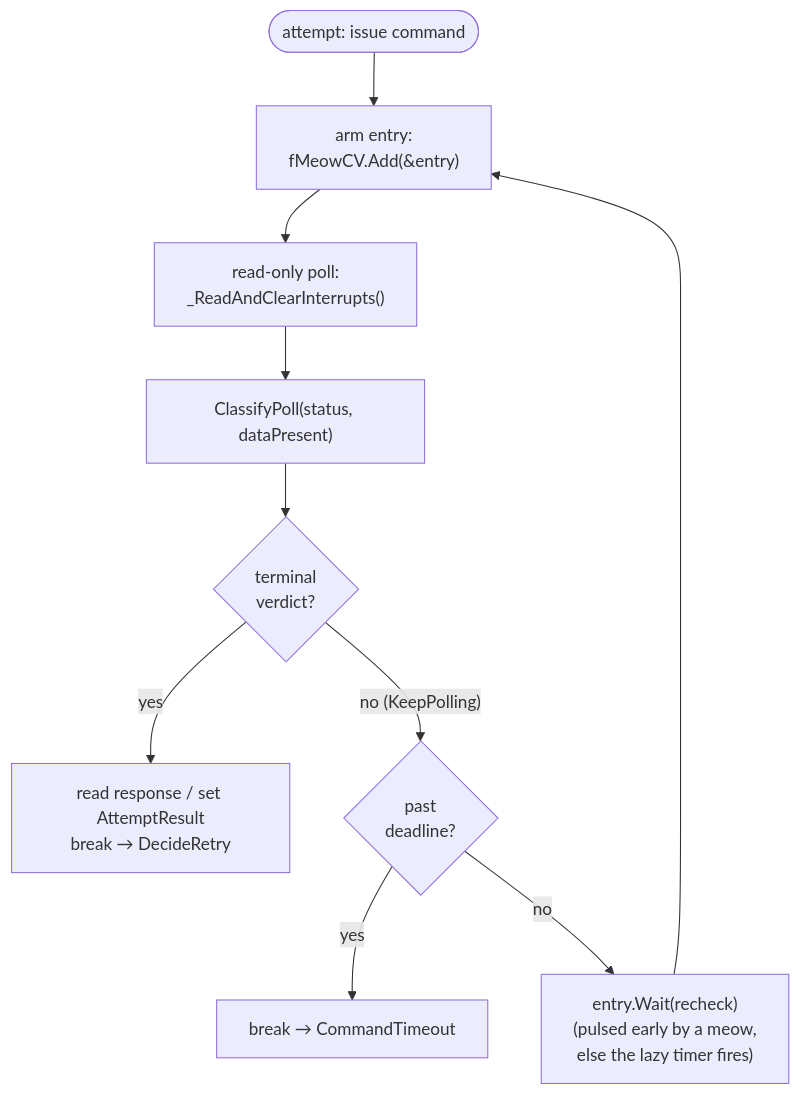
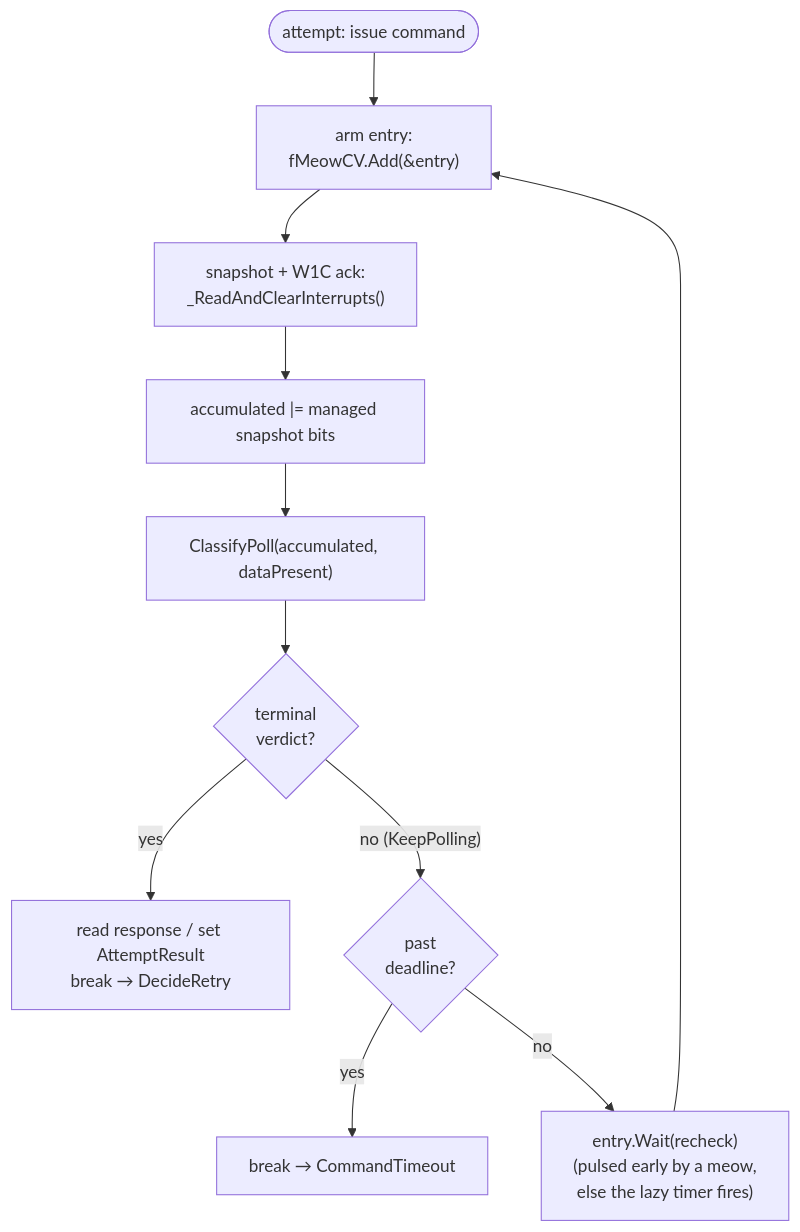
Before and after one commit to alextnewman/jido-renga: the fourth of 5 diagrams in docs/design/sdhci_embedded.md, drawn with Mermaid. The commit also changed other lines of this file and 58 other files, not shown here.

````diff
--- a/docs/design/sdhci_embedded.md
+++ b/docs/design/sdhci_embedded.md
@@ -163,12 +177,13 @@
 ```mermaid
 flowchart TD
     Start(["attempt: issue command"]) --> Arm["arm entry:\nfMeowCV.Add(&entry)"]
-    Arm --> Poll["read-only poll:\n_ReadAndClearInterrupts()"]
-    Poll --> Classify["ClassifyPoll(status, dataPresent)"]
+    Arm --> Poll["snapshot + W1C ack:\n_ReadAndClearInterrupts()"]
+    Poll --> Accumulate["accumulated |= managed snapshot bits"]
+    Accumulate --> Classify["ClassifyPoll(accumulated, dataPresent)"]
     Classify --> Term{"terminal\nverdict?"}
     Term -->|yes| Handle["read response / set AttemptResult\nbreak → DecideRetry"]
     Term -->|"no (KeepPolling)"| Dead{"past\ndeadline?"}
     Dead -->|yes| Timeout["break → CommandTimeout"]
     Dead -->|no| Wait["entry.Wait(recheck)\n(pulsed early by a meow,\nelse the lazy timer fires)"]
     Wait --> Arm
 ```
````
